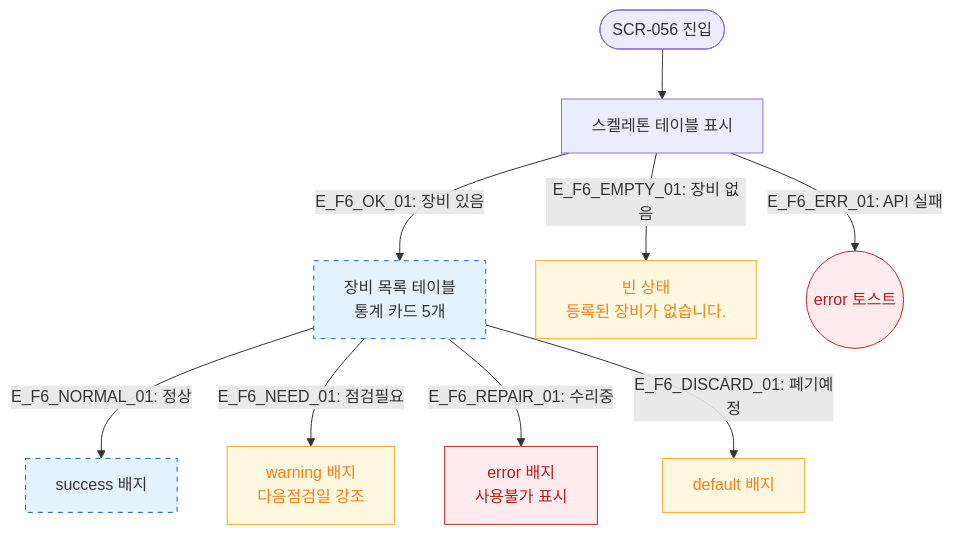
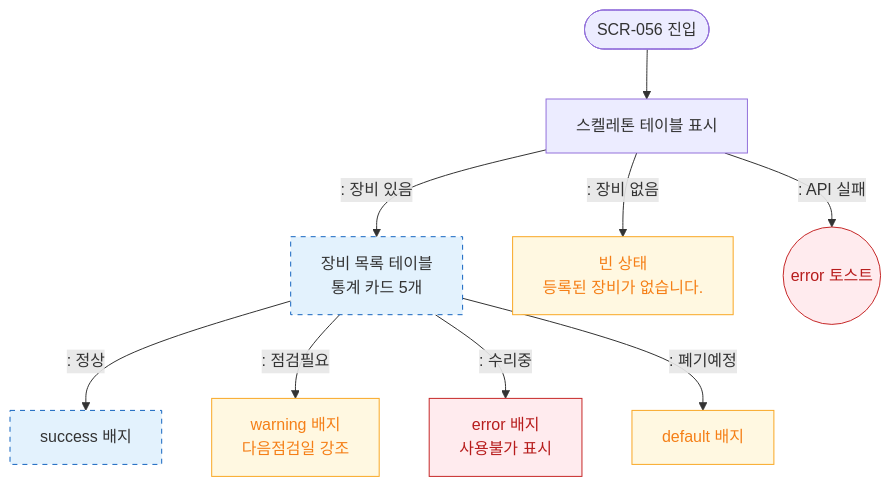
The diagram in docs/다이어그램/D06_시설관리/SCR-056_장비점검일정/F6_상태별.md (dev-spogym/admin-pando), drawn with Mermaid before and after one commit. The commit also changed other lines of this file and 1660 other files, not shown here.

First line of the commit message:
다이어그램: 기획자/클라이언트 납품본으로 정리

````diff
--- a/docs/다이어그램/D06_시설관리/SCR-056_장비점검일정/F6_상태별.md
+++ b/docs/다이어그램/D06_시설관리/SCR-056_장비점검일정/F6_상태별.md
@@ -16,20 +14,20 @@
 ```mermaid
 flowchart TD
     ENTER([SCR-056 진입]) --> Loading[스켈레톤 테이블 표시]
-    Loading -->|"E_F6_OK_01: 장비 있음"| StateNormal[장비 목록 테이블\n통계 카드 5개]
-    Loading -->|"E_F6_EMPTY_01: 장비 없음"| StateEmpty[빈 상태\n등록된 장비가 없습니다.]
-    Loading -->|"E_F6_ERR_01: API 실패"| StateErr((error 토스트))
+    Loading -->|": 장비 있음"|StateNormal[장비 목록 테이블\n통계 카드 5개]
+    Loading -->|": 장비 없음"|StateEmpty[빈 상태\n등록된 장비가 없습니다.]
+    Loading -->|": API 실패"|StateErr((error 토스트))
 
-    StateNormal -->|"E_F6_NORMAL_01: 정상"| NormalBadge[success 배지]
-    StateNormal -->|"E_F6_NEED_01: 점검필요"| NeedBadge[warning 배지\n다음점검일 강조]
-    StateNormal -->|"E_F6_REPAIR_01: 수리중"| RepairBadge[error 배지\n사용불가 표시]
-    StateNormal -->|"E_F6_DISCARD_01: 폐기예정"| DiscardBadge[default 배지]
+    StateNormal -->|": 정상"|NormalBadge[success 배지]
+    StateNormal -->|": 점검필요"|NeedBadge[warning 배지\n다음점검일 강조]
+    StateNormal -->|": 수리중"|RepairBadge[error 배지\n사용불가 표시]
+    StateNormal -->|": 폐기예정"|DiscardBadge[default 배지]
 
     classDef newFeature fill:#F3E5F5,stroke:#9C27B0,stroke-dasharray:5 5
     classDef screen fill:#E3F2FD,stroke:#1565C0,stroke-dasharray:5 5
     classDef warning fill:#FFF8E1,stroke:#F9A825,color:#F57F17
     classDef error fill:#FFEBEE,stroke:#C62828,color:#B71C1C
     class StateNormal,NormalBadge screen
     class StateEmpty,NeedBadge,DiscardBadge warning
     class StateErr,RepairBadge error
 ```
````
